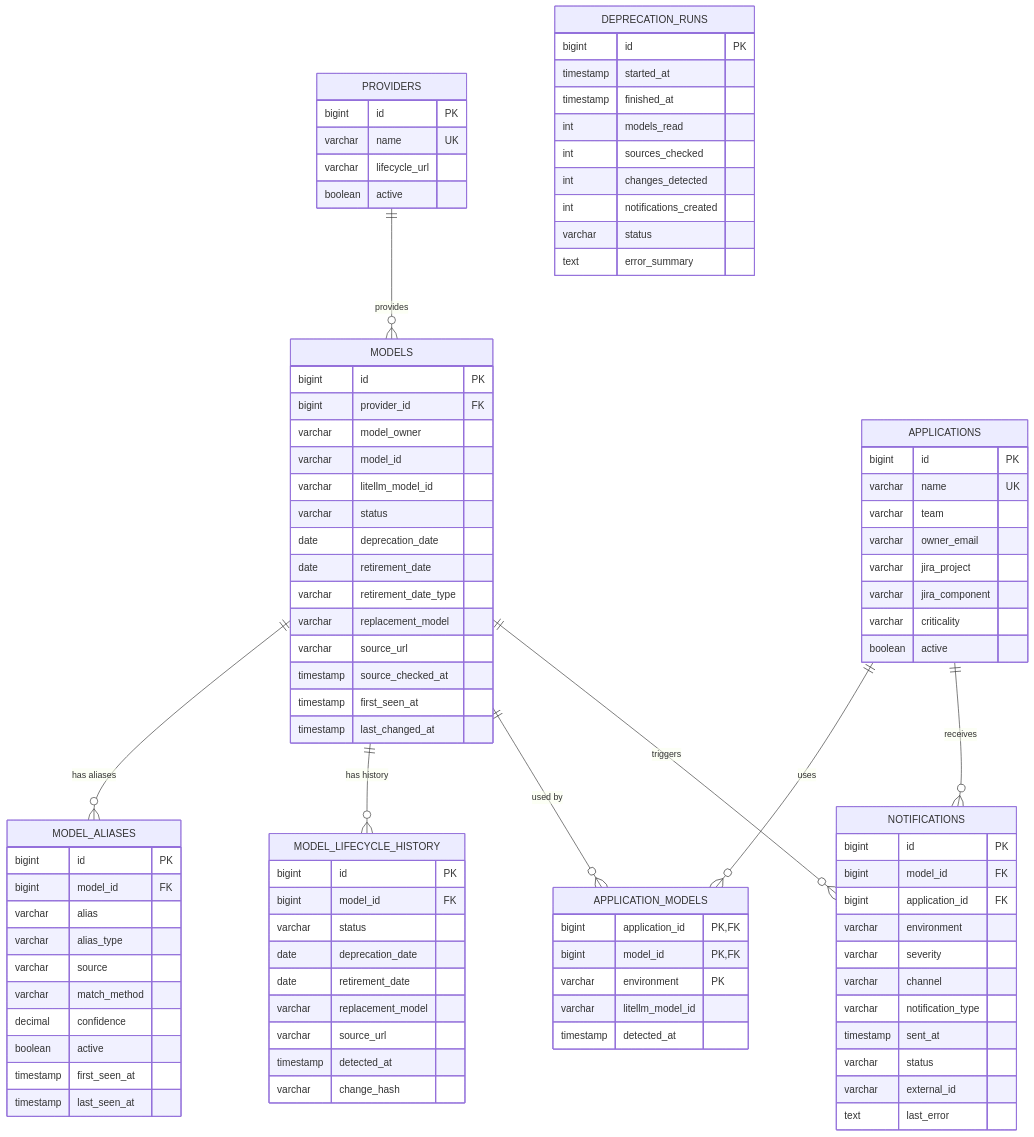
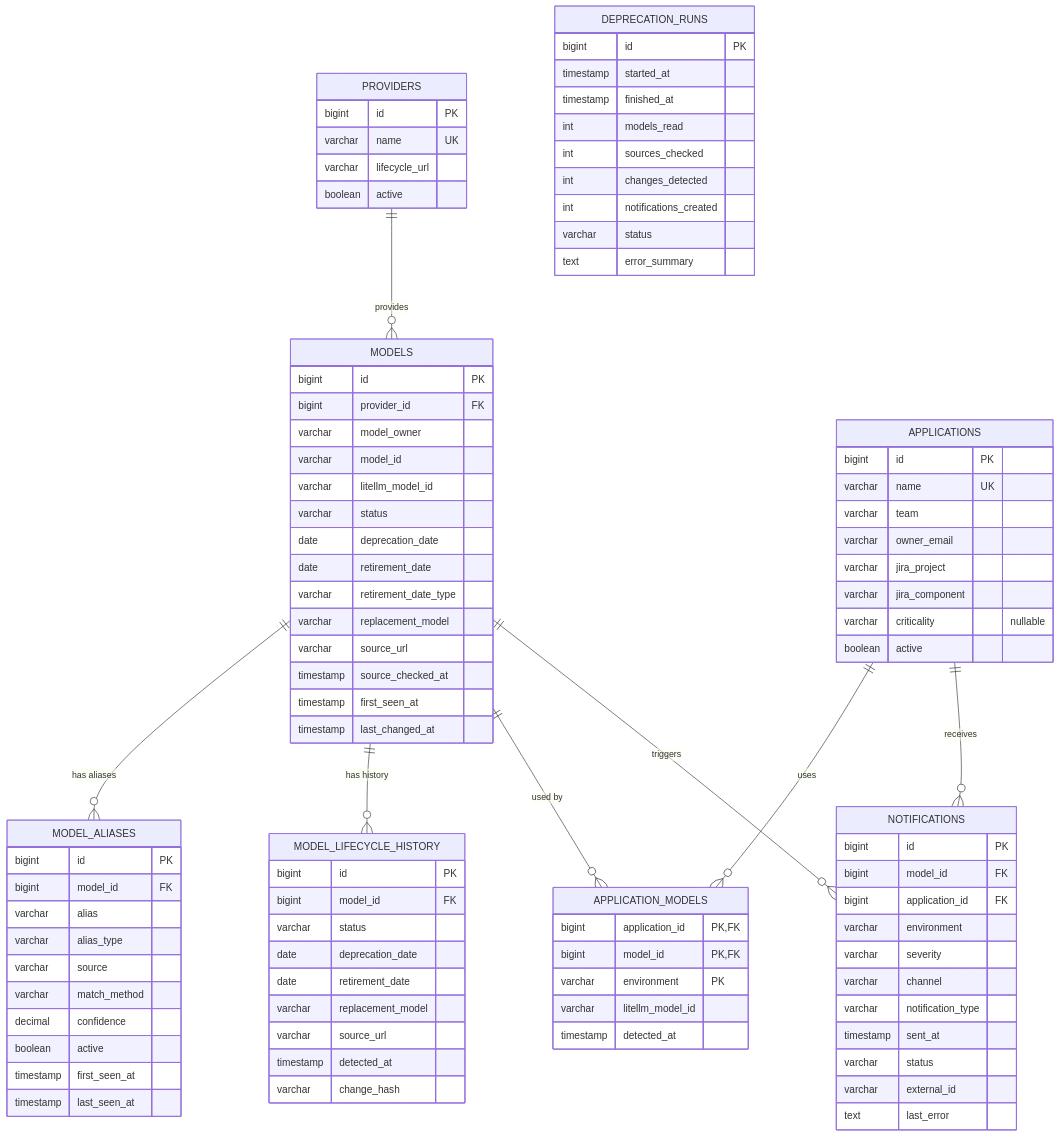
One commit to antoniovho/llm-model-lifecycle changed the second of 2 diagrams in prompt/prompt_deprecation_model.md. Above: the diagram before and after it, drawn with Mermaid. The commit also changed other lines of this file, not shown here.

```diff
--- a/prompt/prompt_deprecation_model.md
+++ b/prompt/prompt_deprecation_model.md
@@ -757,7 +753,7 @@
         varchar owner_email
         varchar jira_project
         varchar jira_component
-        varchar criticality
+        varchar criticality "nullable"
         boolean active
     }
 
```
